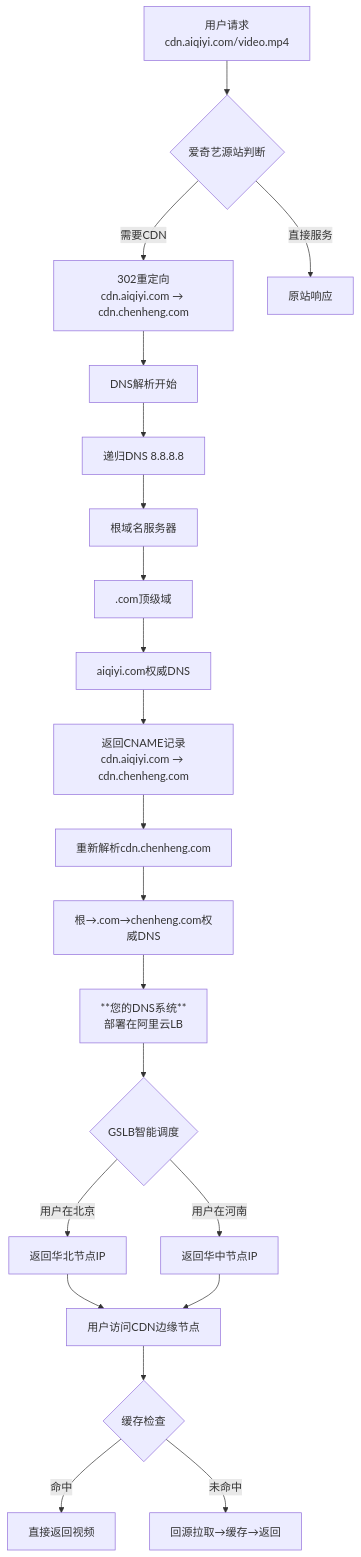
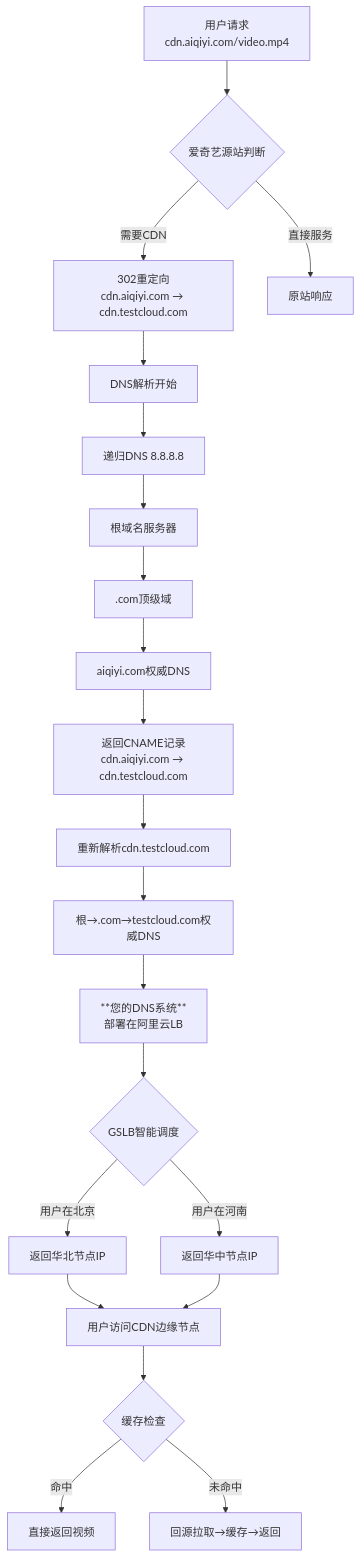
One commit to HK-CH2018/interview changed the first of 5 diagrams in program/cdn系统总结.md. Above: the diagram before and after it, drawn with Mermaid. The commit also changed other lines of this file and 1 other file, not shown here.

Commit message:
update cdn

````diff
--- a/program/cdn系统总结.md
+++ b/program/cdn系统总结.md
@@ -36,26 +49,26 @@
 ```mermaid
 graph TD
     A[用户请求<br>cdn.aiqiyi.com/video.mp4] --> B{爱奇艺源站判断}
-    B -->|需要CDN| C[302重定向<br>cdn.aiqiyi.com → cdn.chenheng.com]
+    B -->|需要CDN| C[302重定向<br>cdn.aiqiyi.com → cdn.testcloud.com]
     B -->|直接服务| D[原站响应]
     
     C --> E[DNS解析开始]
     E --> F[递归DNS 8.8.8.8]
     F --> G[根域名服务器]
     G --> H[.com顶级域]
     H --> I[aiqiyi.com权威DNS]
-    I --> J[返回CNAME记录<br>cdn.aiqiyi.com → cdn.chenheng.com]
+    I --> J[返回CNAME记录<br>cdn.aiqiyi.com → cdn.testcloud.com]
     
-    J --> K[重新解析cdn.chenheng.com]
-    K --> L[根→.com→chenheng.com权威DNS]
+    J --> K[重新解析cdn.testcloud.com]
+    K --> L[根→.com→testcloud.com权威DNS]
     L --> M[**您的DNS系统**<br>部署在阿里云LB]
     M --> N{GSLB智能调度}
     N -->|用户在北京| O[返回华北节点IP]
     N -->|用户在河南| P[返回华中节点IP]
     
     O --> Q[用户访问CDN边缘节点]
     P --> Q
     Q --> R{缓存检查}
     R -->|命中| S[直接返回视频]
     R -->|未命中| T[回源拉取→缓存→返回]
 ```
````
